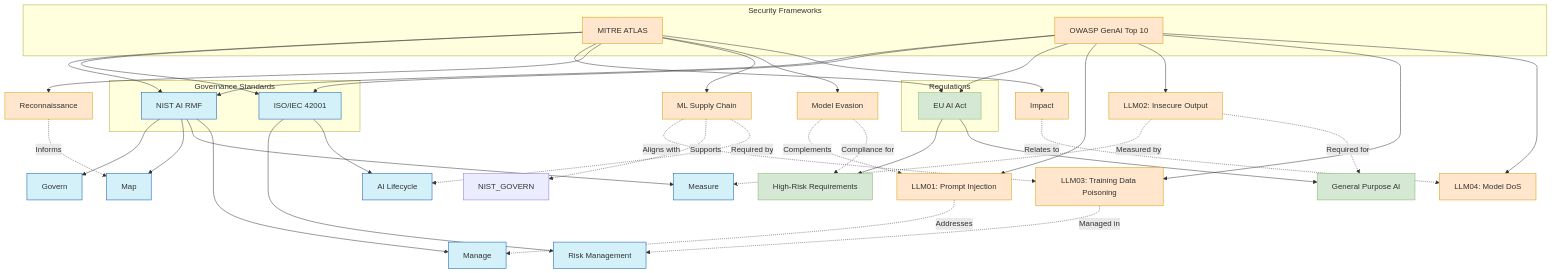
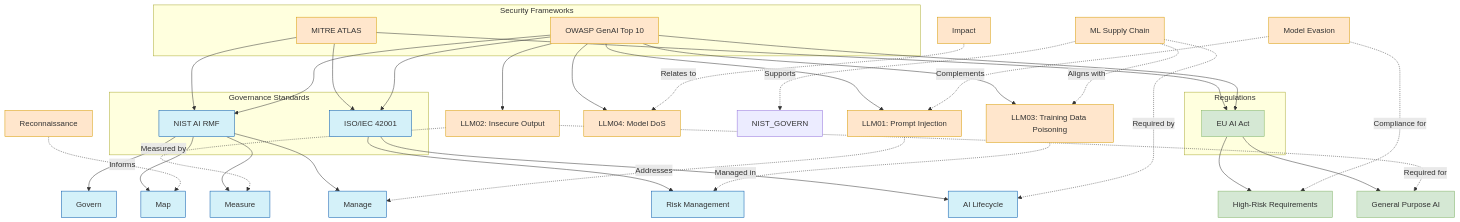
Before and after one commit to robomotic/awesome-guide-ai-safety: the first of 4 diagrams in README.md, drawn with Mermaid. The commit also changed other lines of this file and 2 other files, not shown here.

Commit message:
Added 2 documents.

```diff
--- a/README.md
+++ b/README.md
@@ -551,22 +551,24 @@
     ATLAS_IMPACT[Impact]:::security
     
     %% OWASP components
-    OWASP_PROMPT[LLM01: Prompt Injection]:::security
-    OWASP_OUTPUT[LLM02: Insecure Output]:::security
-    OWASP_POISON[LLM03: Training Data Poisoning]:::security
-    OWASP_DOS[LLM04: Model DoS]:::security
+    OWASP --> OWASP_PROMPT[LLM01: Prompt Injection]:::security
+    OWASP --> OWASP_OUTPUT[LLM02: Insecure Output]:::security
+    OWASP --> OWASP_POISON[LLM03: Training Data Poisoning]:::security
+    OWASP --> OWASP_DOS[LLM04: Model DoS]:::security
     
-    %% Framework components
-    NIST_GOV[Govern]:::governance
-    NIST_MAP[Map]:::governance
-    NIST_MEASURE[Measure]:::governance
-    NIST_MANAGE[Manage]:::governance
+    %% NIST breakdown
+    NIST --> NIST_GOV[Govern]:::governance
+    NIST --> NIST_MAP[Map]:::governance
+    NIST --> NIST_MEASURE[Measure]:::governance
+    NIST --> NIST_MANAGE[Manage]:::governance
     
-    ISO_RISK[Risk Management]:::governance
-    ISO_LIFECYCLE[AI Lifecycle]:::governance
+    %% ISO breakdown
+    ISO42001 --> ISO_RISK[Risk Management]:::governance
+    ISO42001 --> ISO_LIFECYCLE[AI Lifecycle]:::governance
     
-    EU_HIGHRISK[High-Risk Requirements]:::regulation
-    EU_GENPURPOSE[General Purpose AI]:::regulation
+    %% EU AI Act breakdown
+    EUAI --> EU_HIGHRISK[High-Risk Requirements]:::regulation
+    EUAI --> EU_GENPURPOSE[General Purpose AI]:::regulation
     
     %% Main relationships
     ATLAS --> NIST
@@ -576,33 +578,6 @@
     ATLAS --> EUAI
     OWASP --> EUAI
     
-    %% ATLAS breakdown
-    ATLAS --> ATLAS_RECON
-    ATLAS --> ATLAS_SUPPLY
-    ATLAS --> ATLAS_EVASION
-    ATLAS --> ATLAS_IMPACT
-    
-    %% OWASP breakdown
-    OWASP --> OWASP_PROMPT
-    OWASP --> OWASP_OUTPUT
-    OWASP --> OWASP_POISON
-    OWASP --> OWASP_DOS
-    
-    %% NIST breakdown
-    NIST --> NIST_GOV
-    NIST --> NIST_MAP
-    NIST --> NIST_MEASURE
-    NIST --> NIST_MANAGE
-    
-    %% ISO breakdown
-    ISO42001 --> ISO_RISK
-    ISO42001 --> ISO_LIFECYCLE
-    
-    %% EU AI Act breakdown
-    EUAI --> EU_HIGHRISK
-    EUAI --> EU_GENPURPOSE
-    
-    %% Cross-framework relationships
     ATLAS_SUPPLY -.->|Aligns with| OWASP_POISON
     ATLAS_IMPACT -.->|Relates to| OWASP_DOS
     ATLAS_EVASION -.->|Complements| OWASP_PROMPT
```
